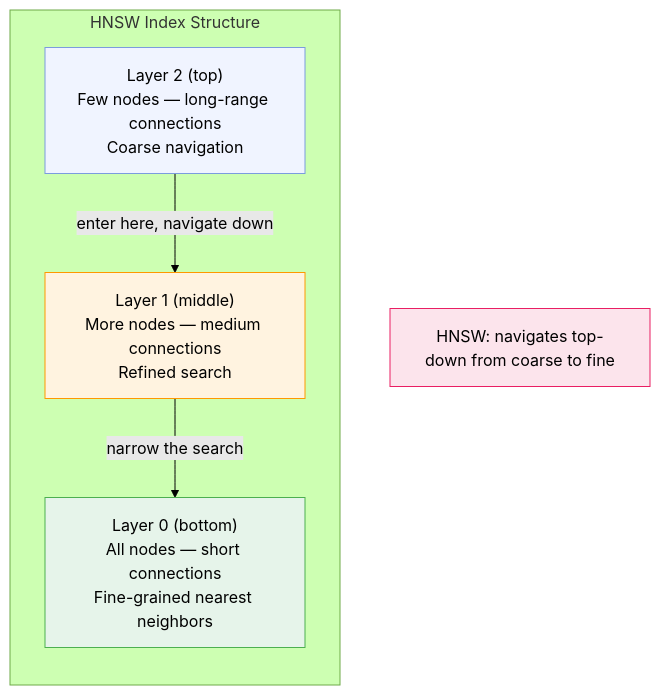
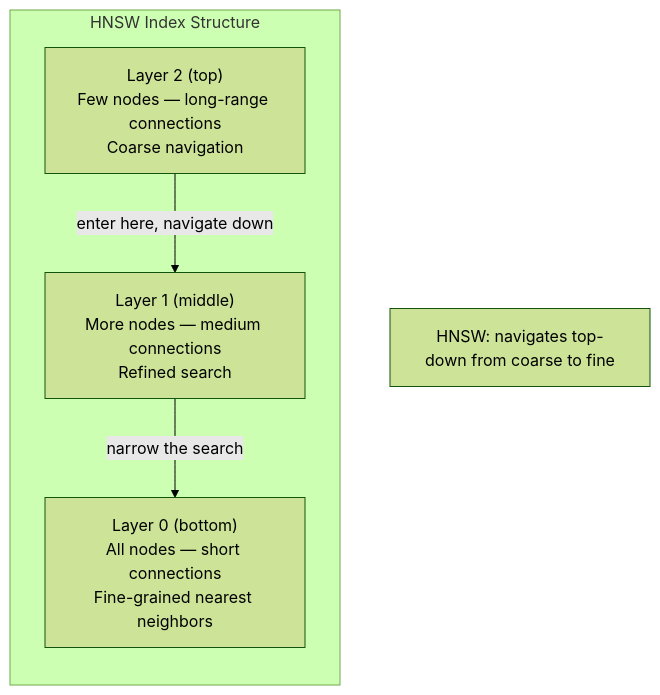
One commit to bchassoul/notes changed the second of 6 diagrams in docs/notes/semantic-search-vectors.md. Above: the diagram before and after it, drawn with Mermaid (forest theme). The commit also changed other lines of this file and 9 other files, not shown here.

Commit message:
Add diagrams and visual improvements across all notes

````diff
--- a/docs/notes/semantic-search-vectors.md
+++ b/docs/notes/semantic-search-vectors.md
@@ -203,19 +202,15 @@
 ```mermaid
 flowchart TD
     subgraph HNSW["HNSW Index Structure"]
         direction TB
         L2["Layer 2 (top)\nFew nodes — long-range connections\nCoarse navigation"]
         L1["Layer 1 (middle)\nMore nodes — medium connections\nRefined search"]
         L0["Layer 0 (bottom)\nAll nodes — short connections\nFine-grained nearest neighbors"]
 
         L2 -->|"enter here, navigate down"| L1
         L1 -->|"narrow the search"| L0
     end
 
     note["HNSW: navigates top-down from coarse to fine"]
 
-    style L2 fill:#f0f4ff,stroke:#7b9cde,color:#000
-    style L1 fill:#fff3e0,stroke:#ff9800,color:#000
-    style L0 fill:#e6f4ea,stroke:#4caf50,color:#000
-    style note fill:#fce4ec,stroke:#e91e63,color:#000
 ```
````
